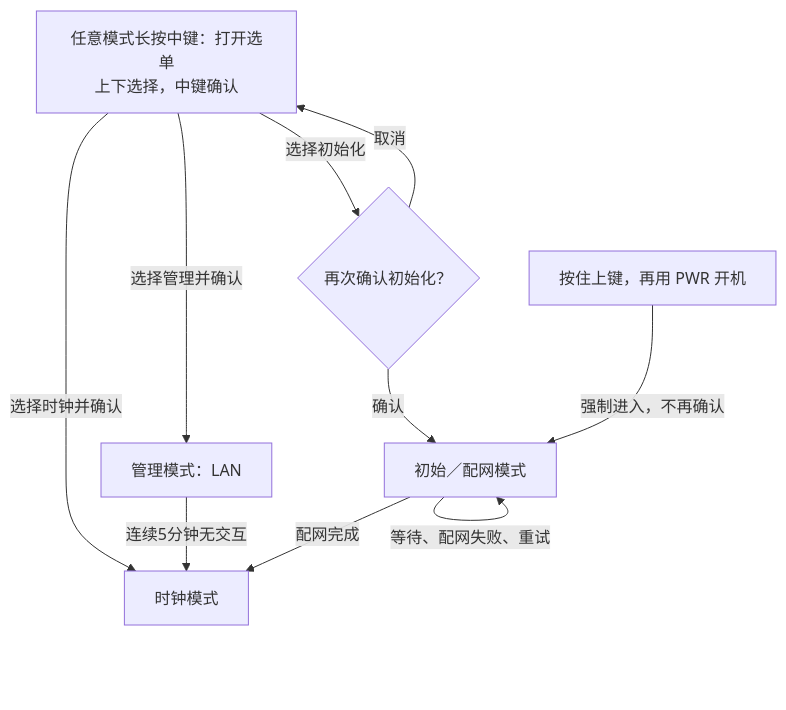
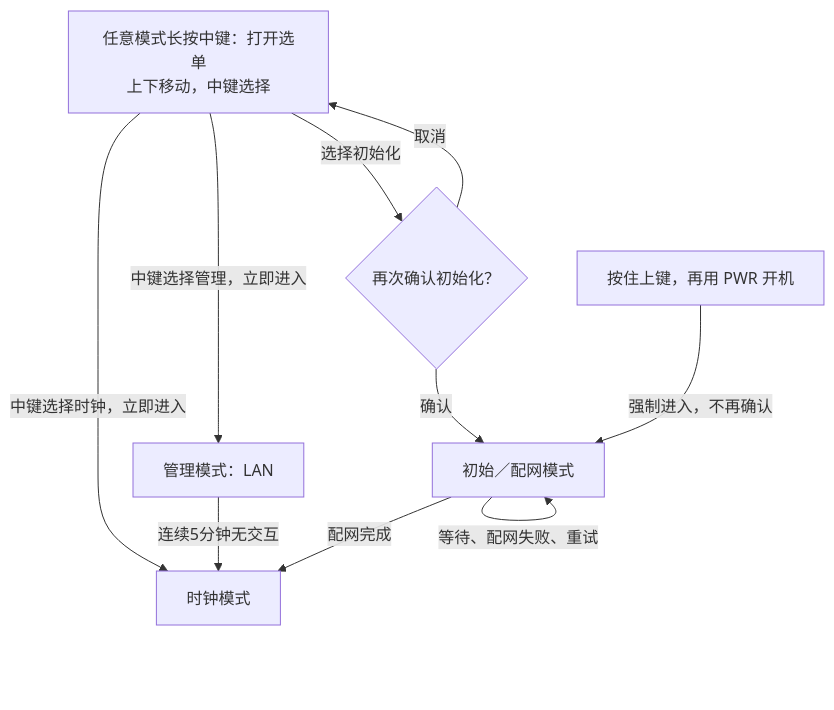
Before and after one commit to billxc/epaper-clock: the diagram in docs/interaction.md, drawn with Mermaid. The commit also changed other lines of this file, not shown here.

````diff
--- a/docs/interaction.md
+++ b/docs/interaction.md
@@ -30,13 +33,13 @@
 ```mermaid
 flowchart TD
-    M["任意模式长按中键：打开选单<br/>上下选择，中键确认"]
-    M -->|选择时钟并确认| C[时钟模式]
-    M -->|选择管理并确认| A[管理模式：LAN]
+    M["任意模式长按中键：打开选单<br/>上下移动，中键选择"]
+    M -->|中键选择时钟，立即进入| C[时钟模式]
+    M -->|中键选择管理，立即进入| A[管理模式：LAN]
     A -->|连续5分钟无交互| C
     M -->|选择初始化| Q{再次确认初始化？}
     Q -->|取消| M
     Q -->|确认| I[初始／配网模式]
     B[按住上键，再用 PWR 开机] -->|强制进入，不再确认| I
     I -->|等待、配网失败、重试| I
     I -->|配网完成| C
 ```
````
